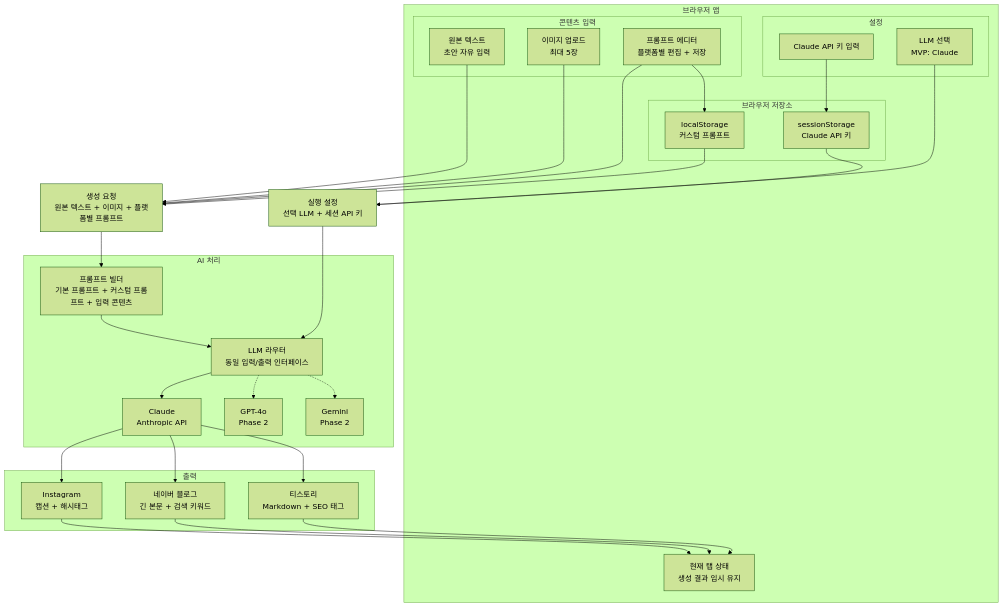
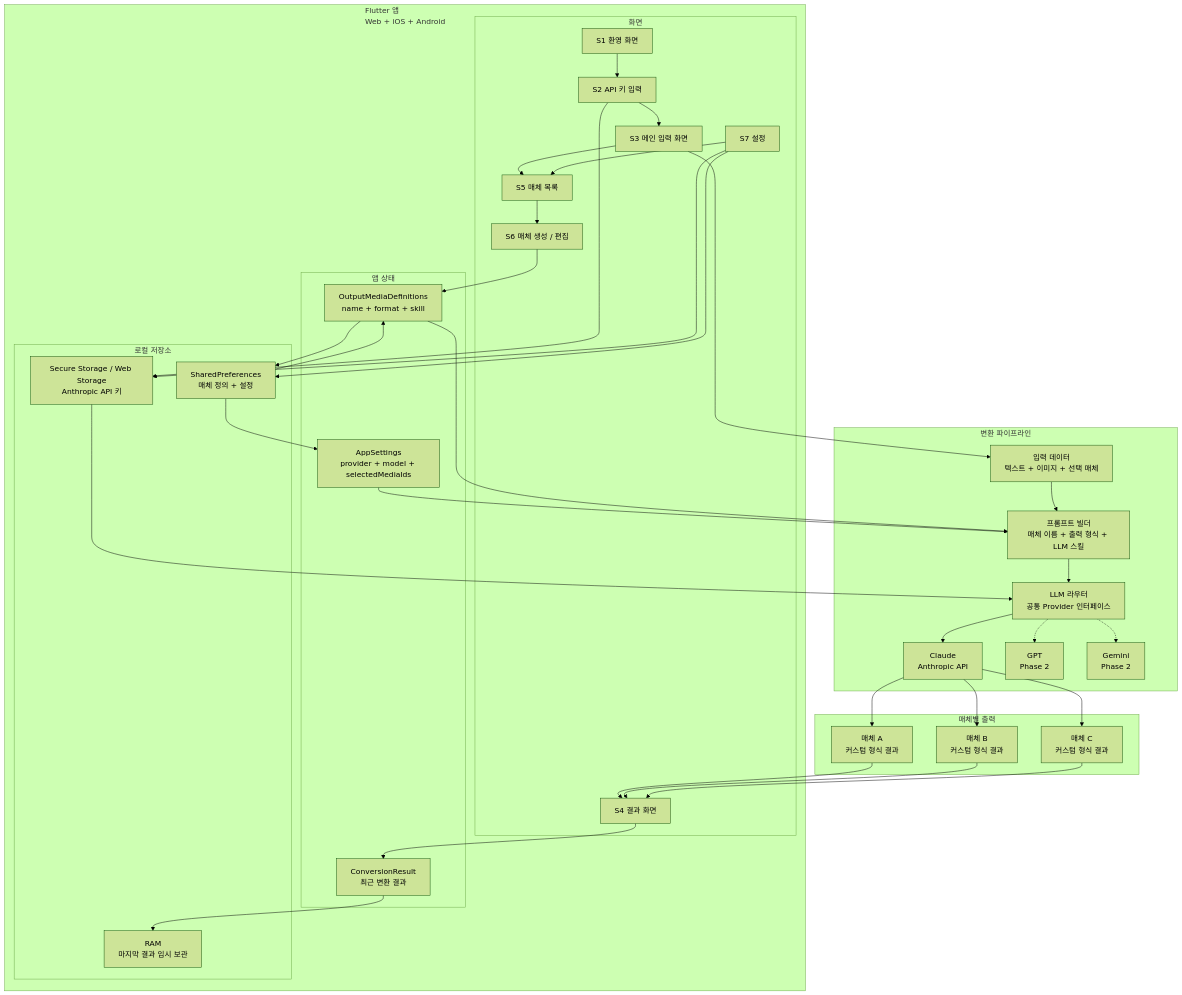
The diagram in README.md (PCHANUL/Snappy), drawn with Mermaid (forest theme) before and after one commit. The commit also changed other lines of this file and 104 other files, not shown here.

````diff
--- a/README.md
+++ b/README.md
@@ -53,66 +67,75 @@
 ```mermaid
 flowchart TB
-  subgraph App["브라우저 앱"]
-    subgraph Input["콘텐츠 입력"]
-      Source["원본 텍스트<br/>초안 자유 입력"]
-      Images["이미지 업로드<br/>최대 5장"]
-      PromptEditor["프롬프트 에디터<br/>플랫폼별 편집 + 저장"]
+  subgraph App["Flutter 앱<br/>Web + iOS + Android"]
+    subgraph Screens["화면"]
+      Onboarding["S1 환영 화면"]
+      ApiKeyScreen["S2 API 키 입력"]
+      Home["S3 메인 입력 화면"]
+      Result["S4 결과 화면"]
+      MediaList["S5 매체 목록"]
+      MediaEditor["S6 매체 생성 / 편집"]
+      Settings["S7 설정"]
     end
 
-    subgraph Setup["설정"]
-      Provider["LLM 선택<br/>MVP: Claude"]
-      Key["Claude API 키 입력"]
+    subgraph State["앱 상태"]
+      AppSettings["AppSettings<br/>provider + model + selectedMediaIds"]
+      MediaDefinitions["OutputMediaDefinitions<br/>name + format + skill"]
+      ConversionResult["ConversionResult<br/>최근 변환 결과"]
     end
 
-    subgraph BrowserStore["브라우저 저장소"]
-      LocalPrompts["localStorage<br/>커스텀 프롬프트"]
-      SessionKey["sessionStorage<br/>Claude API 키"]
+    subgraph Storage["로컬 저장소"]
+      SecureStorage["Secure Storage / Web Storage<br/>Anthropic API 키"]
+      SharedPrefs["SharedPreferences<br/>매체 정의 + 설정"]
+      Memory["RAM<br/>마지막 결과 임시 보관"]
     end
-
-    TabState["현재 탭 상태<br/>생성 결과 임시 유지"]
   end
 
-  GenerationRequest["생성 요청<br/>원본 텍스트 + 이미지 + 플랫폼별 프롬프트"]
-  RuntimeConfig["실행 설정<br/>선택 LLM + 세션 API 키"]
-
-  subgraph Processing["AI 처리"]
-    PromptBuilder["프롬프트 빌더<br/>기본 프롬프트 + 커스텀 프롬프트 + 입력 콘텐츠"]
-    Router["LLM 라우터<br/>동일 입력/출력 인터페이스"]
+  subgraph Pipeline["변환 파이프라인"]
+    InputPayload["입력 데이터<br/>텍스트 + 이미지 + 선택 매체"]
+    PromptBuilder["프롬프트 빌더<br/>매체 이름 + 출력 형식 + LLM 스킬"]
+    LLMRouter["LLM 라우터<br/>공통 Provider 인터페이스"]
     Claude["Claude<br/>Anthropic API"]
-    GPT["GPT-4o<br/>Phase 2"]
+    GPT["GPT<br/>Phase 2"]
     Gemini["Gemini<br/>Phase 2"]
   end
 
-  subgraph Results["출력"]
-    Instagram["Instagram<br/>캡션 + 해시태그"]
-    Naver["네이버 블로그<br/>긴 본문 + 검색 키워드"]
-    Tistory["티스토리<br/>Markdown + SEO 태그"]
+  subgraph Outputs["매체별 출력"]
+    MediaA["매체 A<br/>커스텀 형식 결과"]
+    MediaB["매체 B<br/>커스텀 형식 결과"]
+    MediaC["매체 C<br/>커스텀 형식 결과"]
   end
 
-  Key --> SessionKey
-  PromptEditor --> LocalPrompts
+  Onboarding --> ApiKeyScreen
+  ApiKeyScreen --> SecureStorage
+  ApiKeyScreen --> Home
+  Home --> InputPayload
+  Home --> MediaList
+  Settings --> MediaList
+  MediaList --> MediaEditor
+  MediaEditor --> MediaDefinitions
+  MediaDefinitions --> SharedPrefs
+  Settings --> SecureStorage
+  Settings --> SharedPrefs
 
-  Source --> GenerationRequest
-  Images --> GenerationRequest
-  PromptEditor --> GenerationRequest
-  LocalPrompts --> GenerationRequest
+  SecureStorage --> LLMRouter
+  SharedPrefs --> AppSettings
+  SharedPrefs --> MediaDefinitions
+  AppSettings --> PromptBuilder
+  MediaDefinitions --> PromptBuilder
+  InputPayload --> PromptBuilder
+  PromptBuilder --> LLMRouter
 
-  Provider --> RuntimeConfig
-  SessionKey --> RuntimeConfig
+  LLMRouter --> Claude
+  LLMRouter -.-> GPT
+  LLMRouter -.-> Gemini
 
-  GenerationRequest --> PromptBuilder
-  PromptBuilder --> Router
-  RuntimeConfig --> Router
+  Claude --> MediaA
+  Claude --> MediaB
+  Claude --> MediaC
 
-  Router --> Claude
-  Router -.-> GPT
-  Router -.-> Gemini
-
-  Claude --> Instagram
-  Claude --> Naver
-  Claude --> Tistory
-
-  Instagram --> TabState
-  Naver --> TabState
-  Tistory --> TabState
+  MediaA --> Result
+  MediaB --> Result
+  MediaC --> Result
+  Result --> ConversionResult
+  ConversionResult --> Memory
 ```
````
